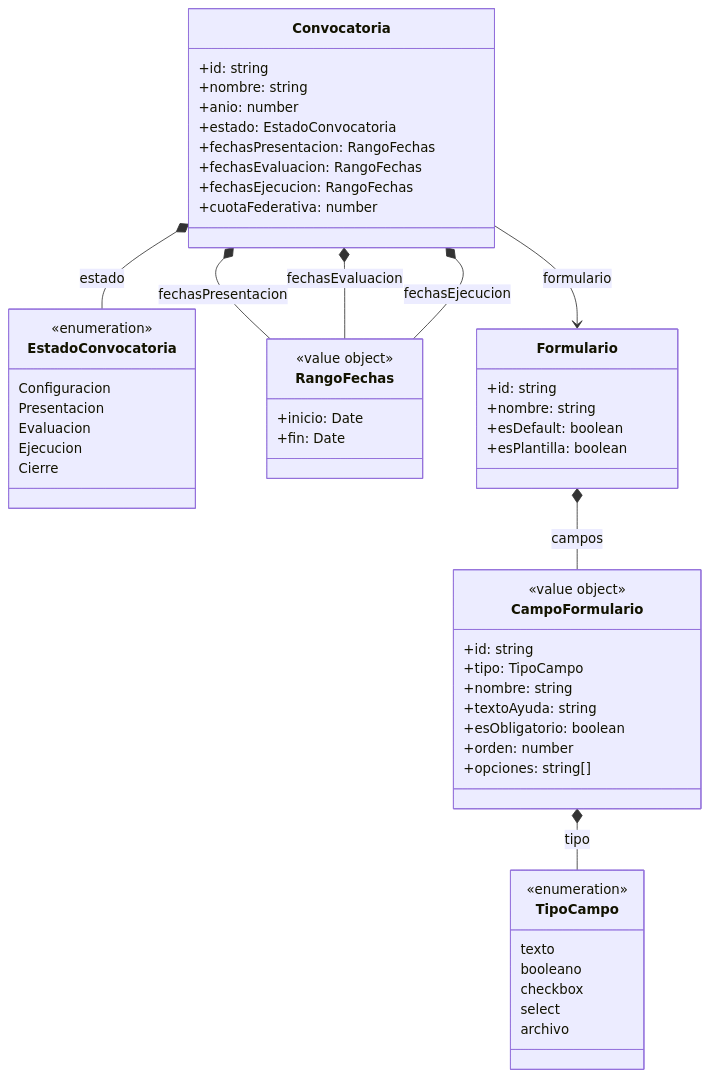
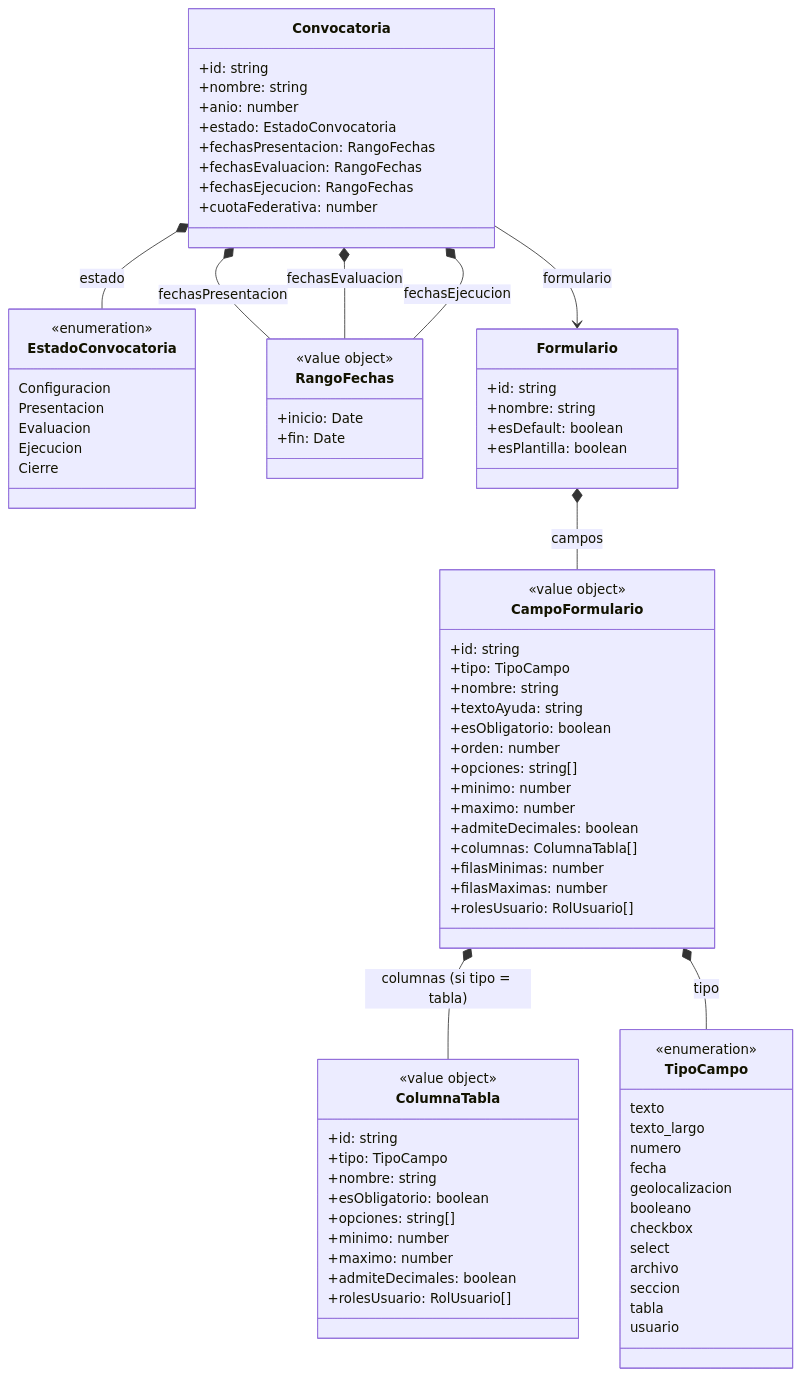
The first of 10 diagrams in docs/dominio/modelo.md (TPP-UBANEX/UBANEX), drawn with Mermaid before and after one commit. The commit also changed other lines of this file, not shown here.

Commit message:
docs(dominio): poner modelo.md al día (TipoCampo, presupuesto, perfil usuario, catálogos)

```diff
--- a/docs/dominio/modelo.md
+++ b/docs/dominio/modelo.md
@@ -46,16 +46,45 @@
         +esObligatorio: boolean
         +orden: number
         +opciones: string[]
+        +minimo: number
+        +maximo: number
+        +admiteDecimales: boolean
+        +columnas: ColumnaTabla[]
+        +filasMinimas: number
+        +filasMaximas: number
+        +rolesUsuario: RolUsuario[]
+    }
+
+    class ColumnaTabla {
+        <<value object>>
+        +id: string
+        +tipo: TipoCampo
+        +nombre: string
+        +esObligatorio: boolean
+        +opciones: string[]
+        +minimo: number
+        +maximo: number
+        +admiteDecimales: boolean
+        +rolesUsuario: RolUsuario[]
     }
 
     class TipoCampo {
         <<enumeration>>
         texto
+        texto_largo
+        numero
+        fecha
+        geolocalizacion
         booleano
         checkbox
         select
         archivo
+        seccion
+        tabla
+        usuario
     }
+
+    CampoFormulario *-- ColumnaTabla : columnas (si tipo = tabla)
 
     Convocatoria *-- EstadoConvocatoria : estado
     Convocatoria *-- RangoFechas : fechasPresentacion
```
